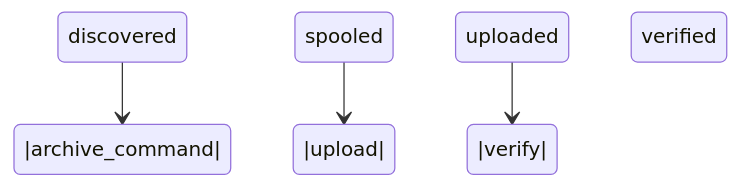
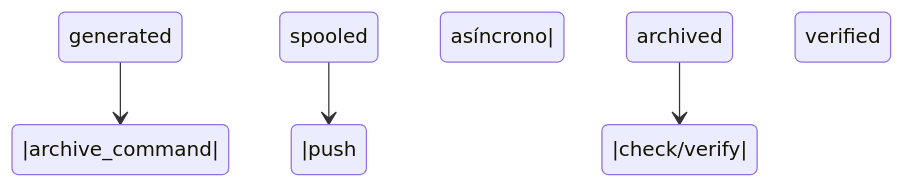
One commit to fusionbikesok-ui/Herramientas changed the second of 5 diagrams in docs/superpowers/deliveries/E0-infraestructura-dr.md. Above: the diagram before and after it, drawn with Mermaid. The commit also changed other lines of this file and 6 other files, not shown here.

````diff
--- a/docs/superpowers/deliveries/E0-infraestructura-dr.md
+++ b/docs/superpowers/deliveries/E0-infraestructura-dr.md
@@ -131,6 +136,6 @@
 ```mermaid
 stateDiagram-v2
-  discovered -->|archive_command| spooled
-  spooled -->|upload| uploaded
-  uploaded -->|verify| verified
+  generated -->|archive_command| spooled
+  spooled -->|push asíncrono| archived
+  archived -->|check/verify| verified
 ```
````
